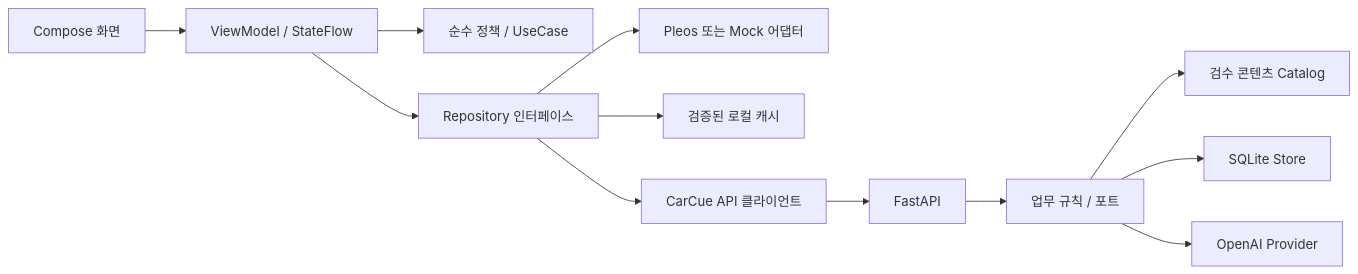
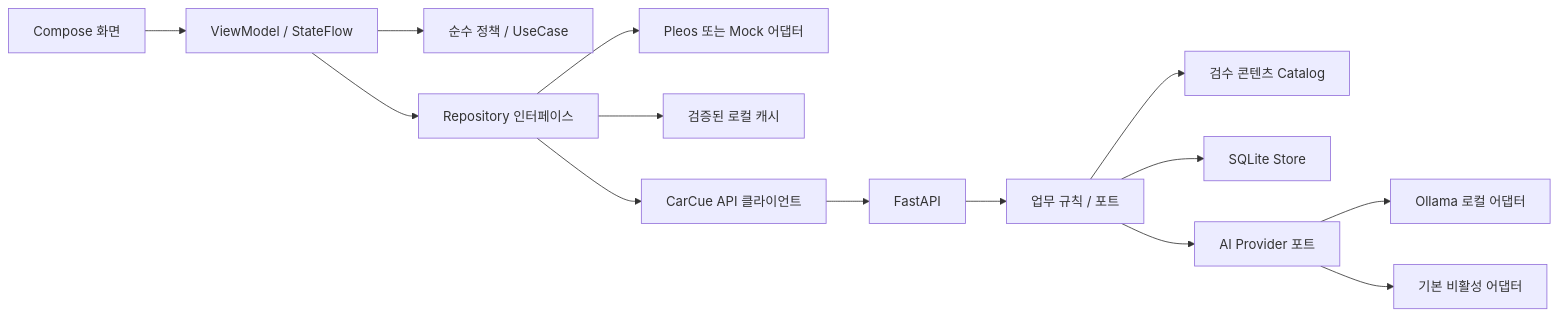
Before and after one commit to calmkeen/Hyundai_appdevchallenge2026: the diagram in Docs/ARCHITECTURE.md, drawn with Mermaid. The commit also changed other lines of this file and 12 other files, not shown here.

Commit message:
test(ai): document verified local SDK and multilingual manual app flows

````diff
--- a/Docs/ARCHITECTURE.md
+++ b/Docs/ARCHITECTURE.md
@@ -20,14 +20,16 @@
 ```mermaid
 flowchart LR
   UI[Compose 화면] --> VM[ViewModel / StateFlow]
   VM --> RULE[순수 정책 / UseCase]
   VM --> PORT[Repository 인터페이스]
   PORT --> SDK[Pleos 또는 Mock 어댑터]
   PORT --> CACHE[검증된 로컬 캐시]
   PORT --> HTTP[CarCue API 클라이언트]
   HTTP --> API[FastAPI]
   API --> APP[업무 규칙 / 포트]
   APP --> CAT[검수 콘텐츠 Catalog]
   APP --> DB[SQLite Store]
-  APP --> AI[OpenAI Provider]
+  APP --> AI[AI Provider 포트]
+  AI --> LOCAL[Ollama 로컬 어댑터]
+  AI --> OFF[기본 비활성 어댑터]
 ```
````
